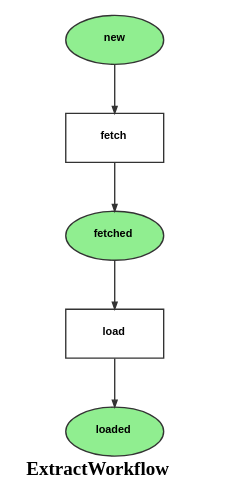
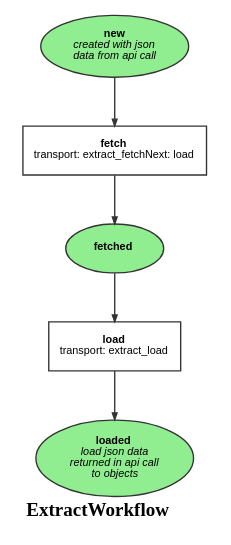
The diagram in doc/ExtractWorkflow.dot (survos-sites/mds), drawn with Graphviz before and after one commit. The commit also changed 18 other files, not shown here.

```diff
--- a/doc/ExtractWorkflow.dot
+++ b/doc/ExtractWorkflow.dot
@@ -1,15 +1,15 @@
 digraph workflow {
   ratio="compress" rankdir="TB" label=<<B>ExtractWorkflow</B>>
   node [fontsize="8" fontname="Arial" color="#333333" fillcolor="lightgreen" fixedsize="false" width="1"];
   edge [fontsize="7" fontname="Arial" color="#333333" arrowhead="normal" arrowsize="0.5"];
 
-  place_new [label=<<B>new</B>>, shape=oval fillcolor="lightgreen" style="filled"];
-  place_loaded [label=<<B>loaded</B>>, shape=oval fillcolor="lightgreen" style="filled"];
+  place_new [label=<<B>new</B><BR/><I>created with json<BR/>data from api call</I>>, shape=oval fillcolor="lightgreen" style="filled"];
+  place_loaded [label=<<B>loaded</B><BR/><I>load json data<BR/>returned in api call<BR/>to objects</I>>, shape=oval fillcolor="lightgreen" style="filled"];
   place_fetched [label=<<B>fetched</B>>, shape=oval fillcolor="lightgreen" style="filled"];
-  transition_0 [label=<<B>fetch</B>>, shape="box" regular=""];
-  transition_1 [label=<<B>load</B>>, shape="box" regular=""];
+  transition_0 [label=<<B>fetch</B><BR/>transport: extract_fetchNext: load>, shape="box" regular=""];
+  transition_1 [label=<<B>load</B><BR/>transport: extract_load>, shape="box" regular=""];
   place_new -> transition_0 [style="solid", comment="new"];
   transition_0 -> place_fetched [style="solid"];
   place_fetched -> transition_1 [style="solid", comment="fetched"];
   transition_1 -> place_loaded [style="solid"];
 }
```
